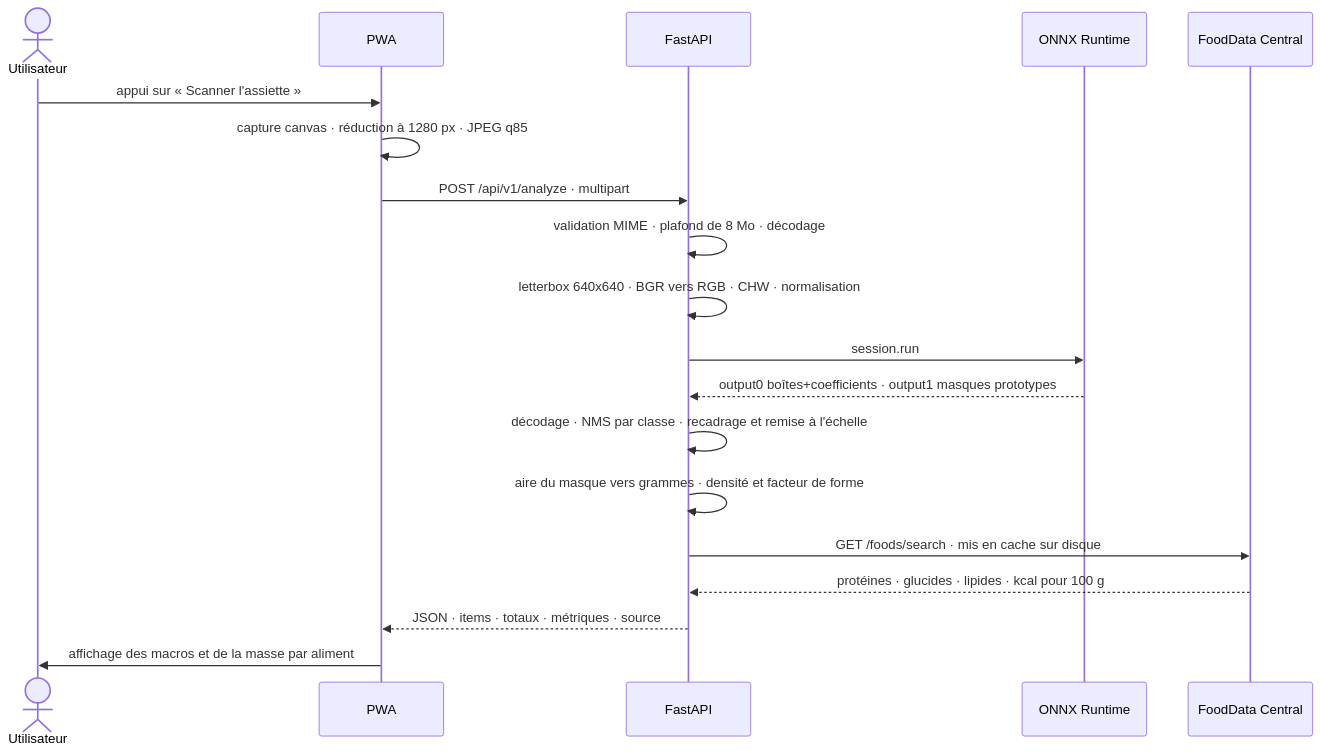
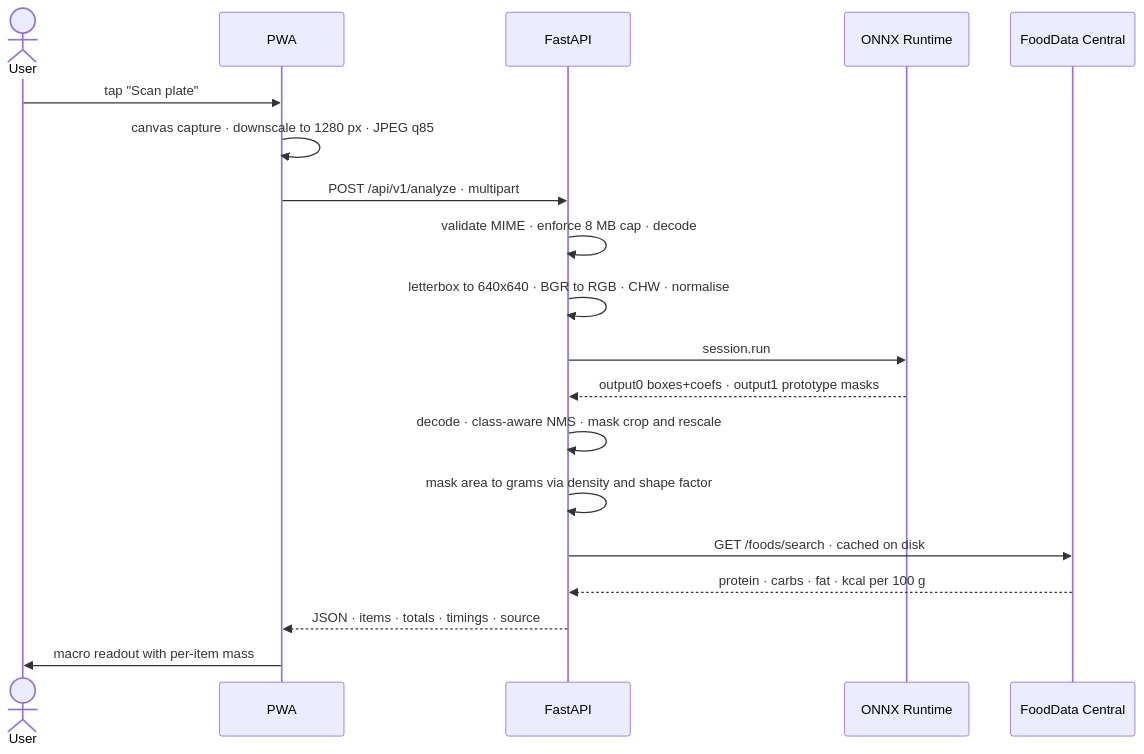
The fifth of 5 diagrams in README.md (Zen-Daitsu/Nutrivision), drawn with Mermaid before and after one commit. The commit also changed other lines of this file, not shown here.

````diff
--- a/README.md
+++ b/README.md
@@ -187,22 +187,22 @@
 ```mermaid
 sequenceDiagram
-    actor Utilisateur
+    actor User
     participant PWA
     participant API as FastAPI
     participant ORT as ONNX Runtime
     participant USDA as FoodData Central
 
-    Utilisateur->>PWA: appui sur « Scanner l'assiette »
-    PWA->>PWA: capture canvas · réduction à 1280 px · JPEG q85
+    User->>PWA: tap "Scan plate"
+    PWA->>PWA: canvas capture · downscale to 1280 px · JPEG q85
     PWA->>API: POST /api/v1/analyze · multipart
-    API->>API: validation MIME · plafond de 8 Mo · décodage
-    API->>API: letterbox 640x640 · BGR vers RGB · CHW · normalisation
+    API->>API: validate MIME · enforce 8 MB cap · decode
+    API->>API: letterbox to 640x640 · BGR to RGB · CHW · normalise
     API->>ORT: session.run
-    ORT-->>API: output0 boîtes+coefficients · output1 masques prototypes
-    API->>API: décodage · NMS par classe · recadrage et remise à l'échelle
-    API->>API: aire du masque vers grammes · densité et facteur de forme
-    API->>USDA: GET /foods/search · mis en cache sur disque
-    USDA-->>API: protéines · glucides · lipides · kcal pour 100 g
-    API-->>PWA: JSON · items · totaux · métriques · source
-    PWA->>Utilisateur: affichage des macros et de la masse par aliment
+    ORT-->>API: output0 boxes+coefs · output1 prototype masks
+    API->>API: decode · class-aware NMS · mask crop and rescale
+    API->>API: mask area to grams via density and shape factor
+    API->>USDA: GET /foods/search · cached on disk
+    USDA-->>API: protein · carbs · fat · kcal per 100 g
+    API-->>PWA: JSON · items · totals · timings · source
+    PWA->>User: macro readout with per-item mass
 ```
````
